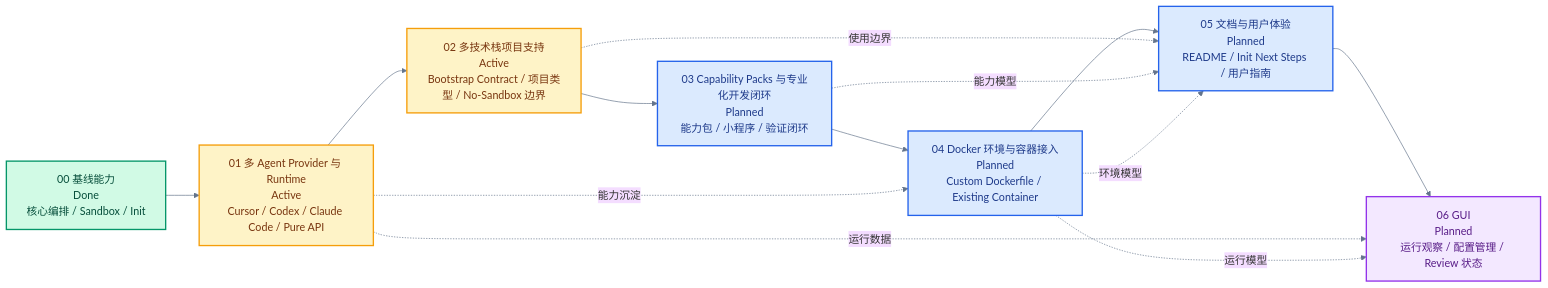
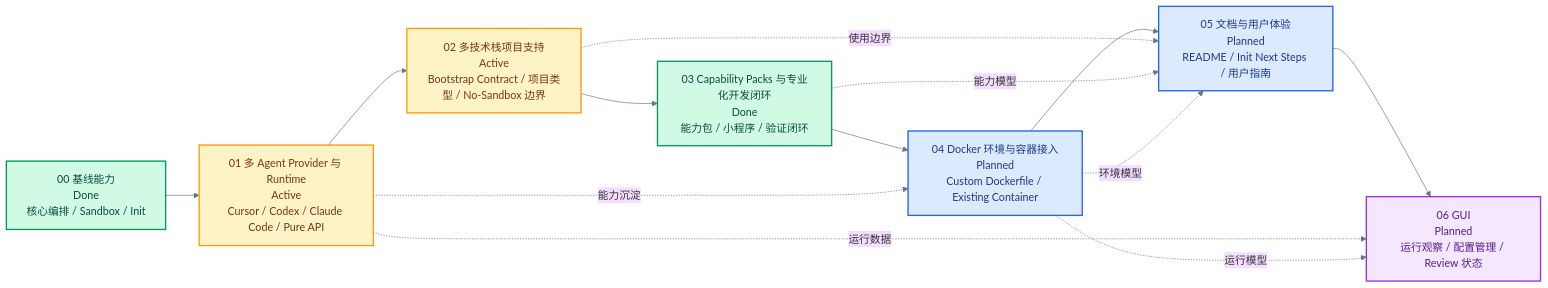
Before and after one commit to Yibeibankaishui/archLoop: the diagram in docs/roadmap.md, drawn with Mermaid. The commit also changed other lines of this file and 4 other files, not shown here.

First line of the commit message:
Merge sandcastle/issue-48-capability-packs-docs-changeset-and-roadmap-sync

````diff
--- a/docs/roadmap.md
+++ b/docs/roadmap.md
@@ -5,28 +5,29 @@
 ```mermaid
 %%{init: {"theme":"base","themeVariables":{"fontFamily":"Inter, ui-sans-serif, system-ui, sans-serif","primaryBorderColor":"#334155","lineColor":"#64748b","tertiaryColor":"#f8fafc"}} }%%
 flowchart LR
     P00["00 基线能力<br/>Done<br/>核心编排 / Sandbox / Init"] --> P01["01 多 Agent Provider 与 Runtime<br/>Active<br/>Cursor / Codex / Claude Code / Pure API"]
     P01 --> P02["02 多技术栈项目支持<br/>Active<br/>Bootstrap Contract / 项目类型 / No-Sandbox 边界"]
-    P02 --> P03["03 Capability Packs 与专业化开发闭环<br/>Planned<br/>能力包 / 小程序 / 验证闭环"]
+    P02 --> P03["03 Capability Packs 与专业化开发闭环<br/>Done<br/>能力包 / 小程序 / 验证闭环"]
     P03 --> P04["04 Docker 环境与容器接入<br/>Planned<br/>Custom Dockerfile / Existing Container"]
     P04 --> P05["05 文档与用户体验<br/>Planned<br/>README / Init Next Steps / 用户指南"]
     P05 --> P06["06 GUI<br/>Planned<br/>运行观察 / 配置管理 / Review 状态"]
 
     P01 -. "能力沉淀" .-> P04
     P02 -. "使用边界" .-> P05
     P03 -. "能力模型" .-> P05
     P01 -. "运行数据" .-> P06
     P04 -. "环境模型" .-> P05
     P04 -. "运行模型" .-> P06
 
     classDef done fill:#d1fae5,stroke:#059669,color:#064e3b,stroke-width:2px;
     classDef active fill:#fef3c7,stroke:#f59e0b,color:#78350f,stroke-width:2px;
     classDef planned fill:#dbeafe,stroke:#2563eb,color:#1e3a8a,stroke-width:2px;
     classDef future fill:#f3e8ff,stroke:#9333ea,color:#581c87,stroke-width:2px;
     classDef support fill:#ffe4e6,stroke:#e11d48,color:#881337,stroke-width:2px;
 
     class P00 done;
     class P01,P02 active;
-    class P03,P04,P05 planned;
+    class P03 done;
+    class P04,P05 planned;
     class P06 future;
 ```
````
